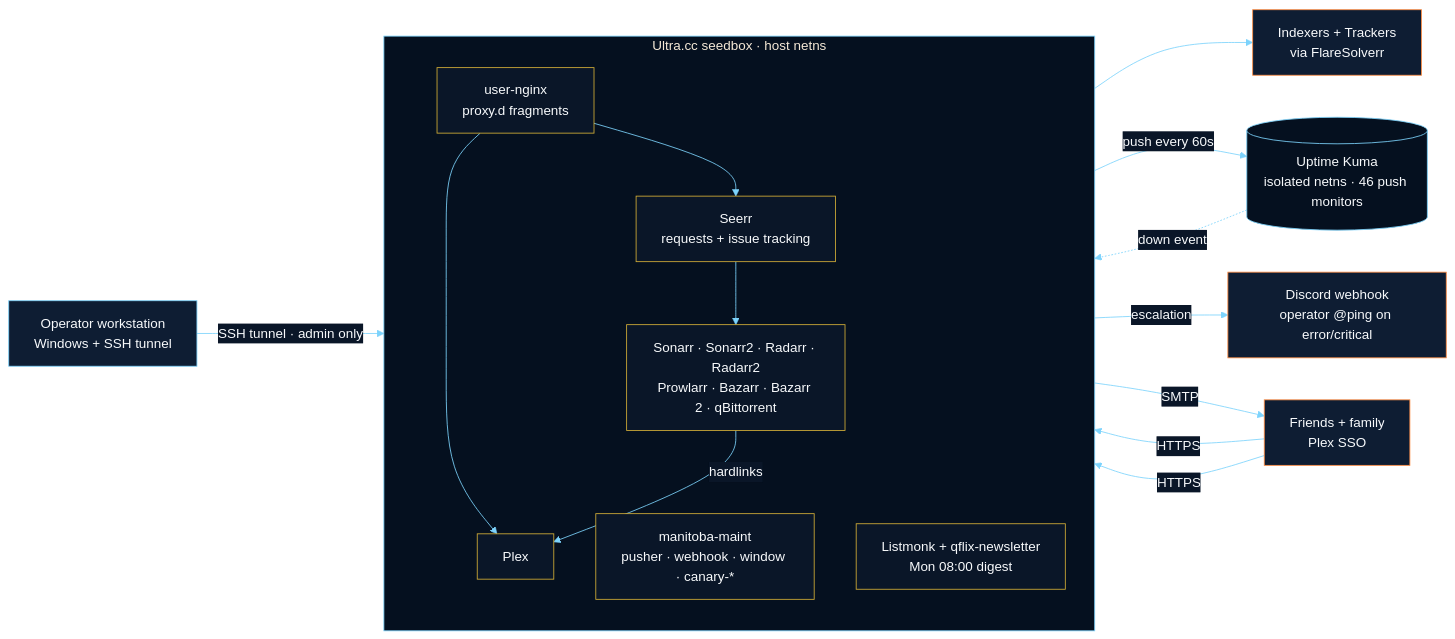
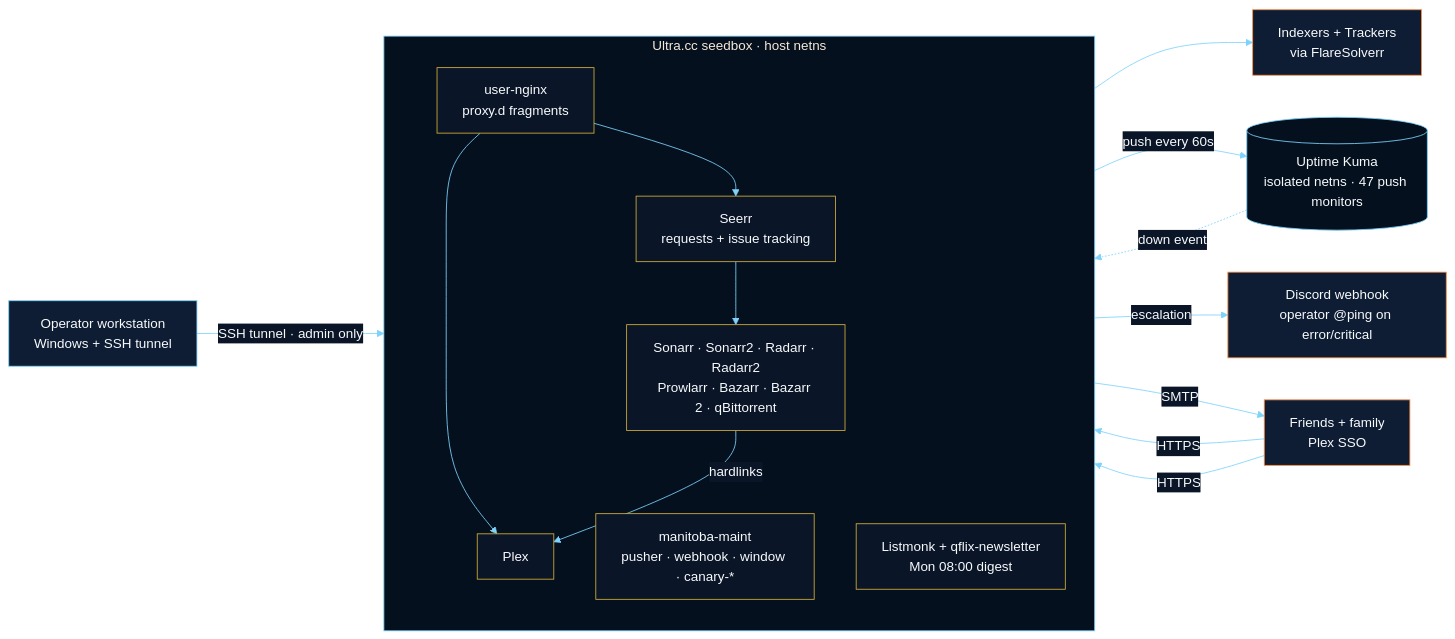
One commit to Quadstronaut/QFlix changed the first of 6 diagrams in README.md. Above: the diagram before and after it, drawn with Mermaid. The commit also changed other lines of this file and 4 other files, not shown here.

````diff
--- a/README.md
+++ b/README.md
@@ -76,35 +76,35 @@
 ```mermaid
 %%{init: {'theme':'base','themeVariables':{'primaryColor':'#0e1d33','primaryTextColor':'#f8fafc','primaryBorderColor':'#ff8c42','lineColor':'#7dd3fc','secondaryColor':'#05101f','tertiaryColor':'#0a1628','clusterBkg':'#05101f','clusterBorder':'#7dd3fc','edgeLabelBackground':'#0a1628','fontFamily':'Segoe UI, Roboto, sans-serif'}}}%%
 flowchart LR
   classDef ext fill:#0e1d33,stroke:#ff8c42,color:#f8fafc
   classDef user fill:#0e1d33,stroke:#7dd3fc,color:#f8fafc
   classDef seedbox fill:#0a1628,stroke:#d4af37,color:#f8fafc
   classDef kuma fill:#05101f,stroke:#7dd3fc,color:#f8fafc
 
   user[Operator workstation<br/>Windows + SSH tunnel]:::user
   friends[Friends + family<br/>Plex SSO]:::ext
   ext[Indexers + Trackers<br/>via FlareSolverr]:::ext
 
   subgraph SB[Ultra.cc seedbox · host netns]
     direction TB
     nginx[user-nginx<br/>proxy.d fragments]:::seedbox
     plex[Plex]:::seedbox
     arr[Sonarr · Sonarr2 · Radarr · Radarr2<br/>Prowlarr · Bazarr · Bazarr 2 · qBittorrent]:::seedbox
     requests[Seerr<br/>requests + issue tracking]:::seedbox
     maint[manitoba-maint<br/>pusher · webhook · window · canary-*]:::seedbox
     comms[Listmonk + qflix-newsletter<br/>Mon 08:00 digest]:::seedbox
   end
 
-  kuma[(Uptime Kuma<br/>isolated netns · 46 push monitors)]:::kuma
+  kuma[(Uptime Kuma<br/>isolated netns · 47 push monitors)]:::kuma
   discord[Discord webhook<br/>operator @ping on error/critical]:::ext
 
   friends -->|HTTPS| nginx --> plex
   friends -->|HTTPS| nginx --> requests
   requests --> arr --> ext
   arr -->|hardlinks| plex
   user -->|SSH tunnel · admin only| arr
   maint -->|push every 60s| kuma
   kuma -.->|down event| maint
   maint -->|escalation| discord
   comms -->|SMTP| friends
 ```
````
